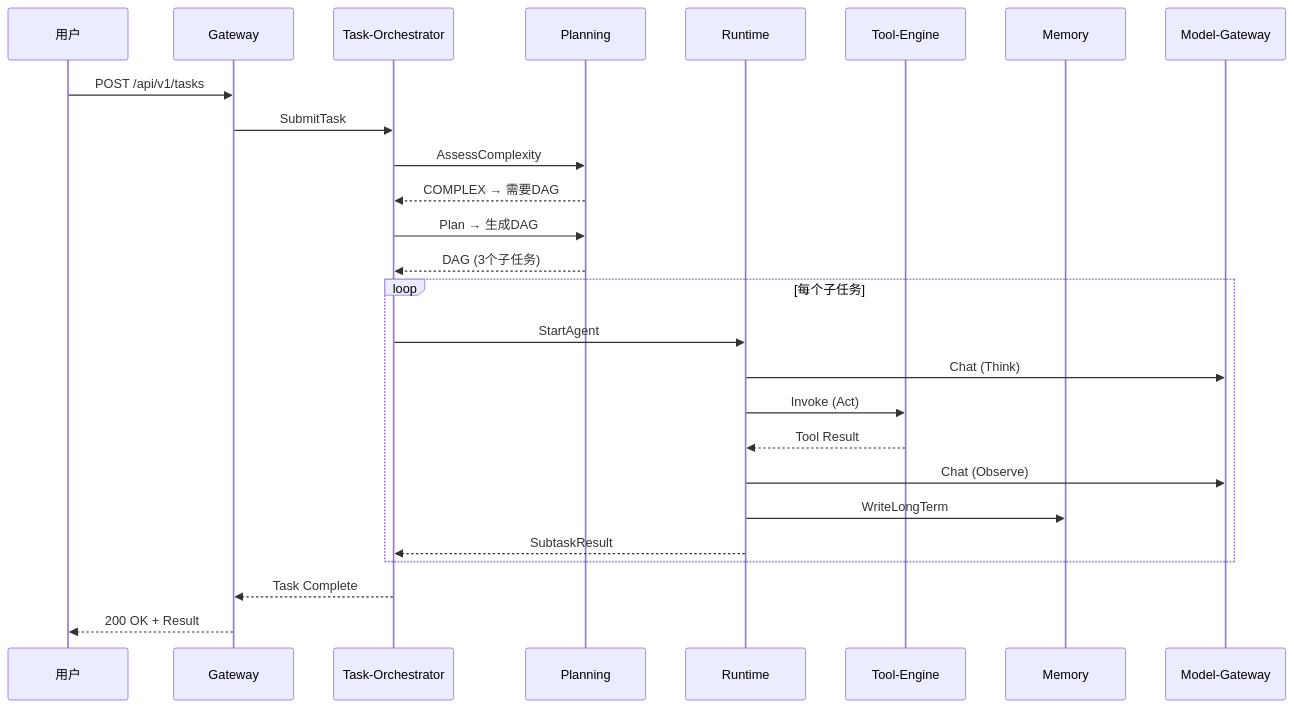
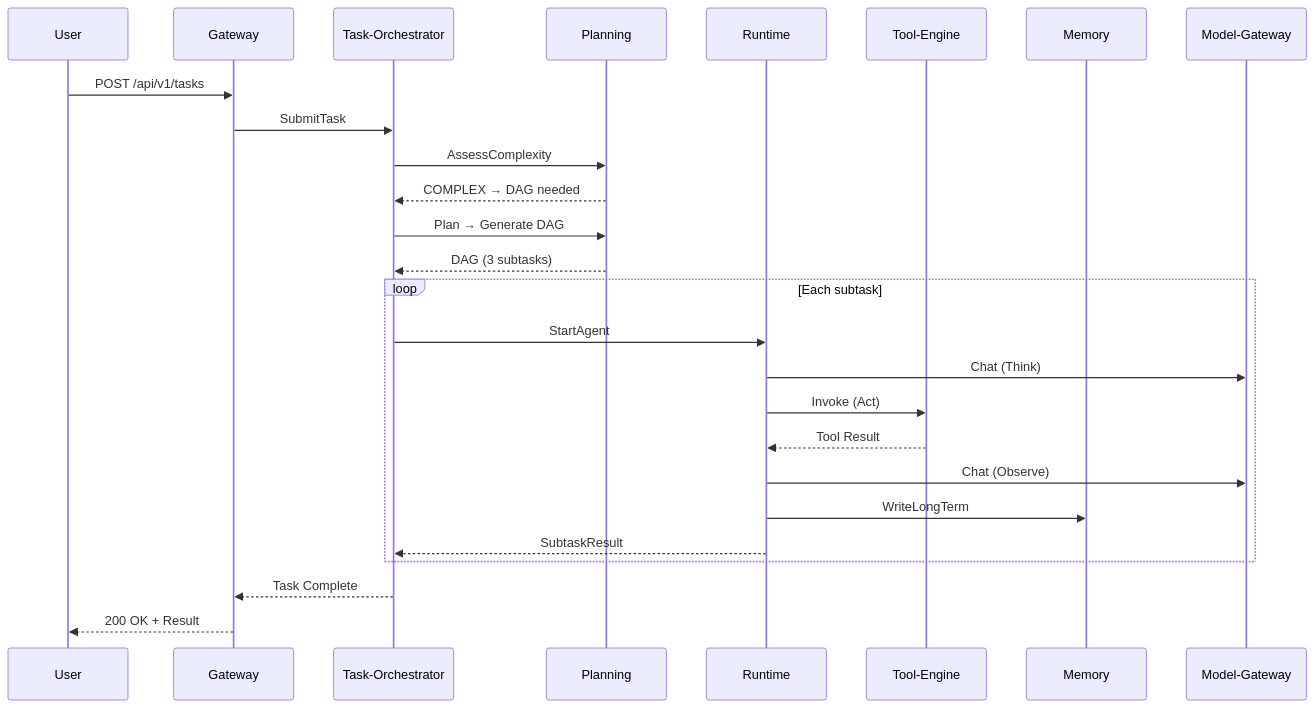
Before and after one commit to ZedeX/agentforge: the diagram in docs/user-guide.md, drawn with Mermaid. The commit also changed other lines of this file and 6 other files, not shown here.

````diff
--- a/docs/user-guide.md
+++ b/docs/user-guide.md
@@ -210,29 +212,29 @@
 ```mermaid
 sequenceDiagram
-    participant U as 用户
+    participant U as User
     participant GW as Gateway
     participant TO as Task-Orchestrator
     participant PL as Planning
     participant RT as Runtime
     participant TE as Tool-Engine
     participant MM as Memory
     participant MG as Model-Gateway
 
     U->>GW: POST /api/v1/tasks
     GW->>TO: SubmitTask
     TO->>PL: AssessComplexity
-    PL-->>TO: COMPLEX → 需要DAG
-    TO->>PL: Plan → 生成DAG
-    PL-->>TO: DAG (3个子任务)
-    loop 每个子任务
+    PL-->>TO: COMPLEX → DAG needed
+    TO->>PL: Plan → Generate DAG
+    PL-->>TO: DAG (3 subtasks)
+    loop Each subtask
         TO->>RT: StartAgent
         RT->>MG: Chat (Think)
         RT->>TE: Invoke (Act)
         TE-->>RT: Tool Result
         RT->>MG: Chat (Observe)
         RT->>MM: WriteLongTerm
         RT-->>TO: SubtaskResult
     end
     TO-->>GW: Task Complete
     GW-->>U: 200 OK + Result
 ```
````
